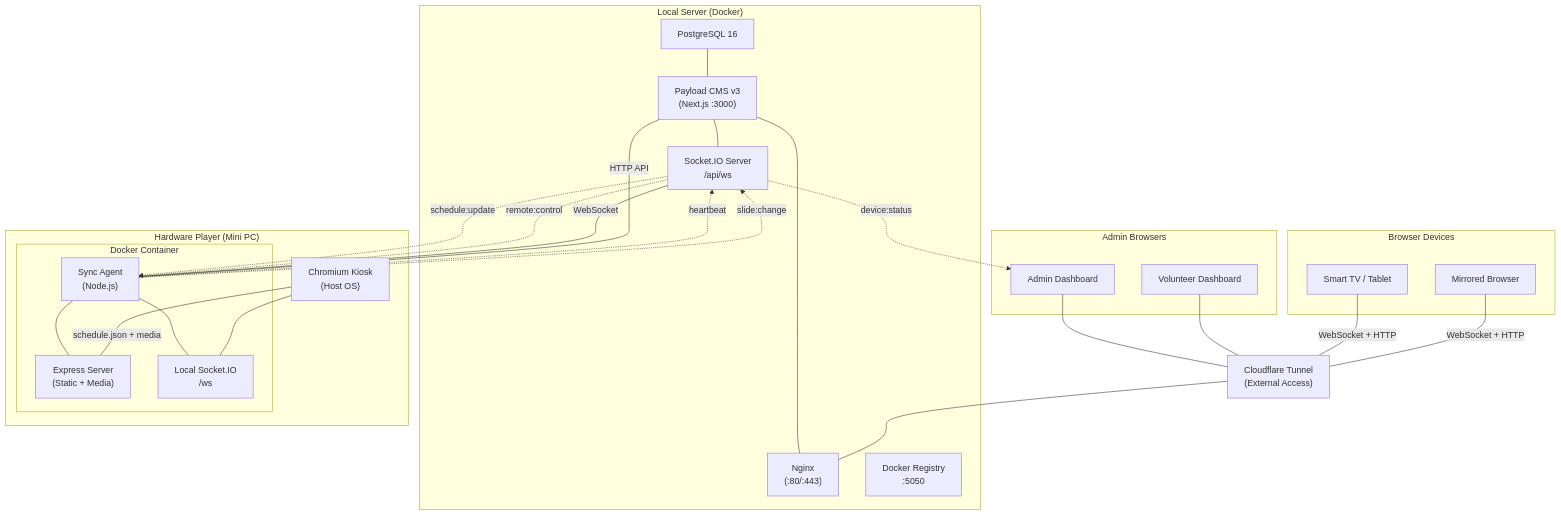
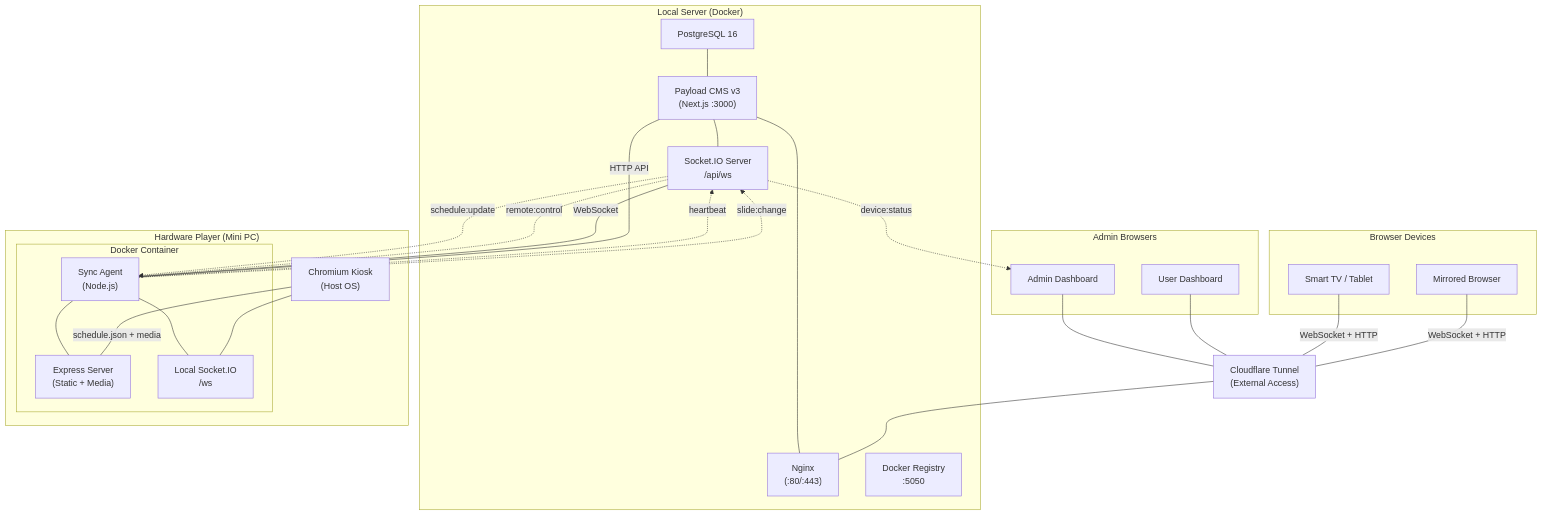
One commit to wrodie/peydx changed the first of 9 diagrams in guides/ARCHITECTURE.md. Above: the diagram before and after it, drawn with Mermaid. The commit also changed other lines of this file and 21 other files, not shown here.

````diff
--- a/guides/ARCHITECTURE.md
+++ b/guides/ARCHITECTURE.md
@@ -7,51 +7,51 @@
 ```mermaid
 graph TB
         subgraph LocalServer["Local Server (Docker)"]
         PG["PostgreSQL 16"]
         CMS["Payload CMS v3<br/>(Next.js :3000)"]
         NX["Nginx<br/>(:80/:443)"]
         WS["Socket.IO Server<br/>/api/ws"]
         REG["Docker Registry<br/>:5050"]
         PG --- CMS
         CMS --- NX
         CMS --- WS
     end
 
     CF["Cloudflare Tunnel<br/>(External Access)"]
     CF --- NX
 
     subgraph AdminBrowsers["Admin Browsers"]
         AB1["Admin Dashboard"]
-        AB2["Volunteer Dashboard"]
+        AB2["User Dashboard"]
     end
     AB1 --- CF
     AB2 --- CF
 
     subgraph HardwarePlayer["Hardware Player (Mini PC)"]
         subgraph Docker["Docker Container"]
             SA["Sync Agent<br/>(Node.js)"]
             PX["Express Server<br/>(Static + Media)"]
             LWS["Local Socket.IO<br/>/ws"]
             SA --- PX
             SA --- LWS
         end
         PLAYER["Chromium Kiosk<br/>(Host OS)"]
         SA ---|WebSocket| WS
         SA ---|HTTP API| CMS
         PLAYER --- LWS
         PLAYER ---|schedule.json + media| PX
     end
 
     subgraph BrowserDevices["Browser Devices"]
         BD1["Smart TV / Tablet"]
         BD2["Mirrored Browser"]
     end
     BD1 ---|WebSocket + HTTP| CF
     BD2 ---|WebSocket + HTTP| CF
 
     WS -.->|schedule:update| SA
     WS -.->|remote:control| SA
     WS -.->|device:status| AB1
     SA -.->|heartbeat| WS
     SA -.->|slide:change| WS
 ```
````
